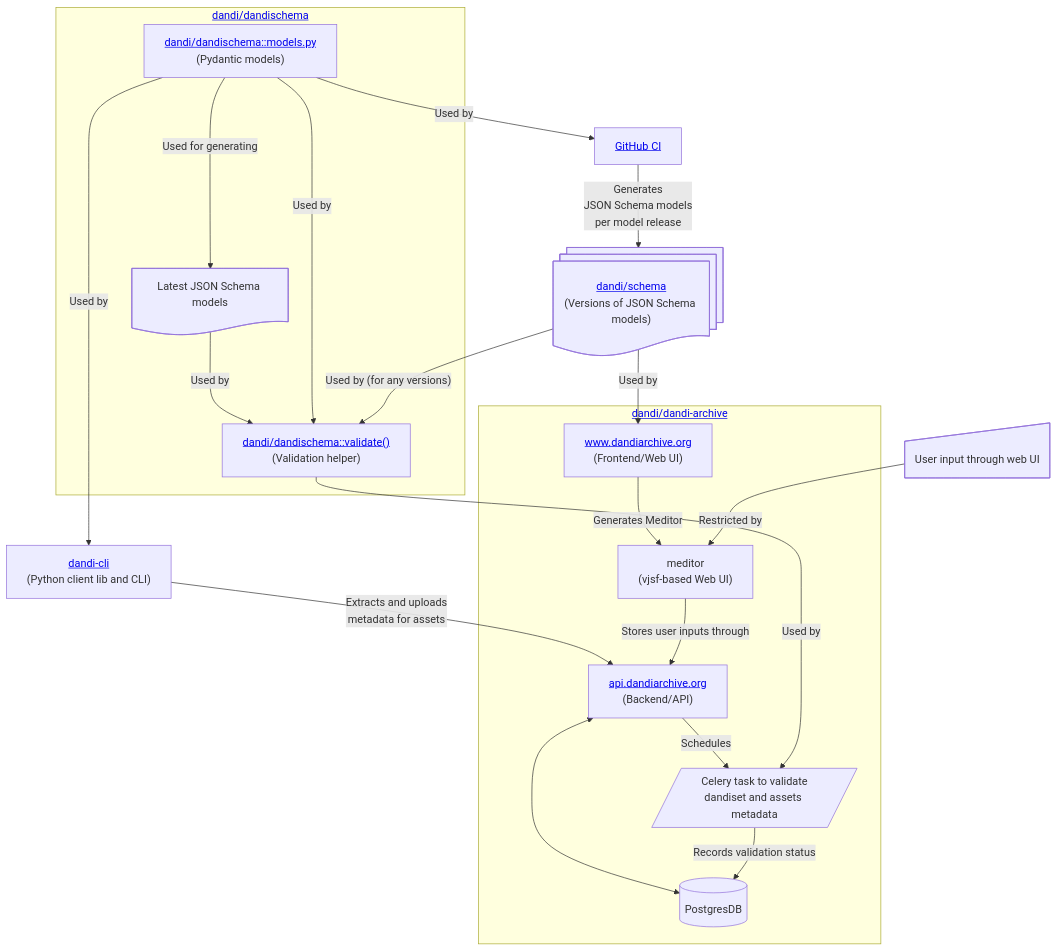
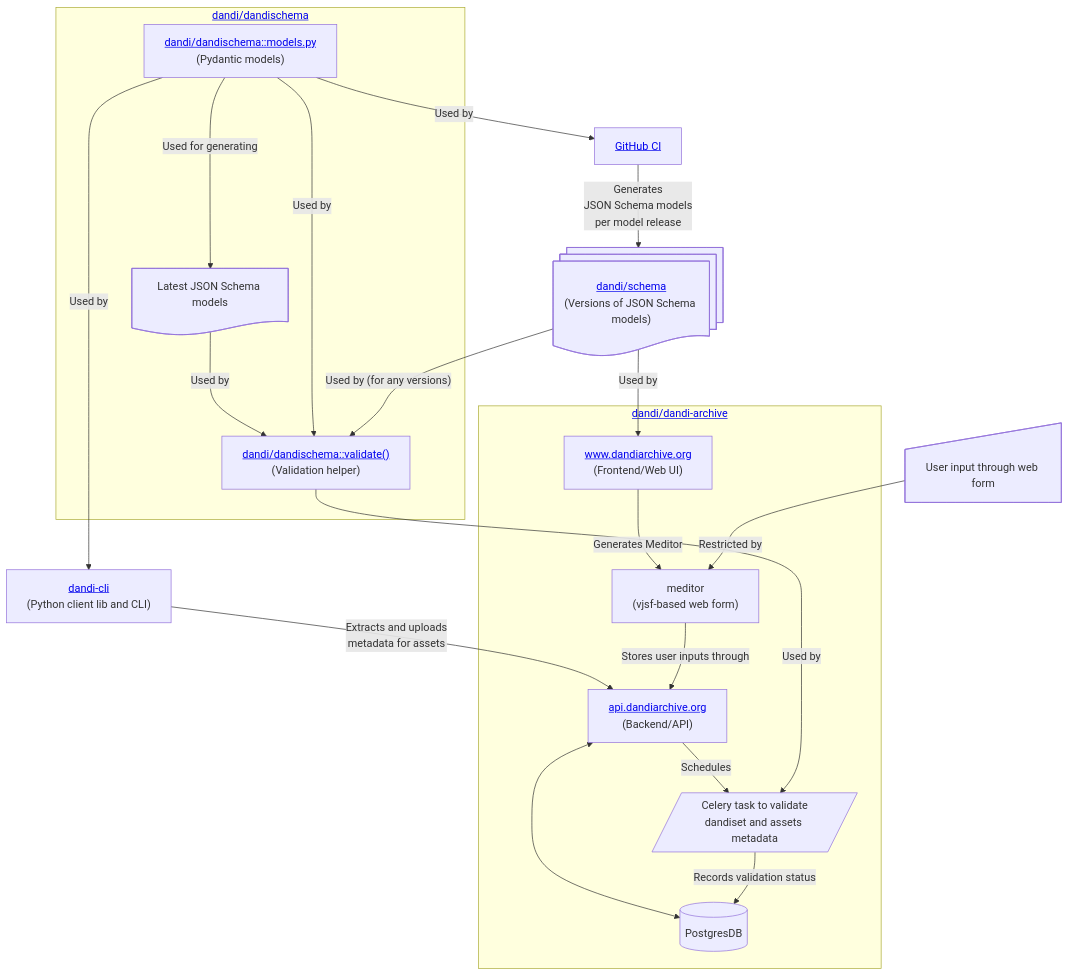
The diagram in dandi-models.mmd (candleindark/dandi-models-mermaid), drawn with Mermaid before and after one commit.

Commit message:
Describe meditor as a web form

```diff
--- a/dandi-models.mmd
+++ b/dandi-models.mmd
@@ -1,55 +1,55 @@
 flowchart TD
     dandi_json["<a href='https://github.com/dandi/schema'>dandi/schema</a><br/>(Versions of JSON Schema models)"]@{ shape: docs }
     dandi_cli["<a href='https://github.com/dandi/dandi-cli'>dandi-cli</a><br/>(Python client lib and CLI)"]
     ci[<a href='https://github.com/dandi/dandi-schema/blob/master/.github/workflows/release.yml'>GitHub CI</a>]
-    web_input["User input through web UI"]@{ shape: manual-input }
+    web_input["User input through web form"]@{ shape: manual-input }
 
     subgraph "<a href='https://github.com/dandi/dandi-schema'>dandi/dandischema</a>"
         %% nodes
         dandi_pydantic["<a href='https://github.com/dandi/dandi-schema/blob/master/dandischema/models.py'>dandi/dandischema::models.py</a><br/>(Pydantic models)"]
         dandi_validate["<a href='https://github.com/dandi/dandi-schema/blob/c3007768e002c9f51ea37b5e6b3628f7f7f20943/dandischema/metadata.py#L195'>dandi/dandischema::validate()</a><br/>(Validation helper)"]
         dandi_json_runtime[Latest JSON Schema models]@{ shape: doc }
 
         %% edges
         dandi_pydantic -->|Used for generating| dandi_json_runtime -->|Used by| dandi_validate
     end
 
     subgraph "<a href='https://github.com/dandi/dandi-archive'>dandi/dandi-archive</a>"
         %% nodes
         dandi_archive_db[(PostgresDB)]
         dandi_archive_backend["<a href='https://api.dandiarchive.org'>api.dandiarchive.org</a><br/>(Backend/API)"]
         dandi_archive_frontend["<a href='https://www.dandiarchive.org'>www.dandiarchive.org</a><br/>(Frontend/Web UI)"]
         %% user_input_data["User input data"]@{ shape: manual-input }
-        meditor["meditor<br/>(vjsf-based Web UI)"]
+        meditor["meditor<br/>(vjsf-based web form)"]
         dandi_archive_validate[/Celery task to validate<br/>dandiset and assets metadata/]
     end
 
     dandi_pydantic -->|Used by| ci -->|Generates<br/> JSON Schema models<br/> per model release| dandi_json
 
     %% dandi/dandischema does use JSON schema models during validation
 
     dandi_pydantic -->|Used by| dandi_cli
     dandi_pydantic -->|Used by| dandi_validate
     dandi_json -->|"Used by (for any versions)"| dandi_validate
 
     dandi_archive_backend --> |Schedules| dandi_archive_validate
     dandi_archive_backend <--->  dandi_archive_db
     dandi_validate -->|Used by| dandi_archive_validate
     %%?? dandi_validate -->|Used by| dandi_cli
 
     %% dandi_json -->|Used by| dandi_archive_backend
     dandi_json -->|Used by| dandi_archive_frontend
 
 
     %% datasets[NWB/BIDS]
     %% user_input_data --> |Expressed as| datasets
     %%  datasets --> |Extracts metadata by| dandi_cli
     dandi_cli --> |Extracts and uploads<br/>metadata for assets| dandi_archive_backend
     %% We always upload Asset pyndatic model, but it might be minimally
     %% populated if there was an error while extracting metadata
 
     dandi_archive_frontend --> |Generates Meditor| meditor
     web_input --> | Restricted by| meditor
     meditor --> |Stores user inputs through| dandi_archive_backend
 
     dandi_archive_validate --> |Records validation status| dandi_archive_db
```
